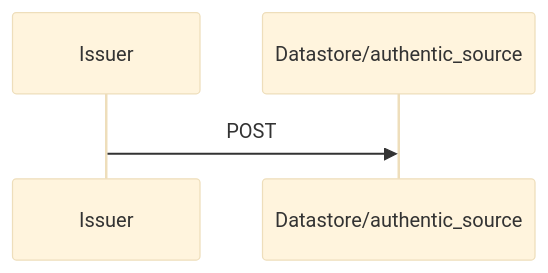
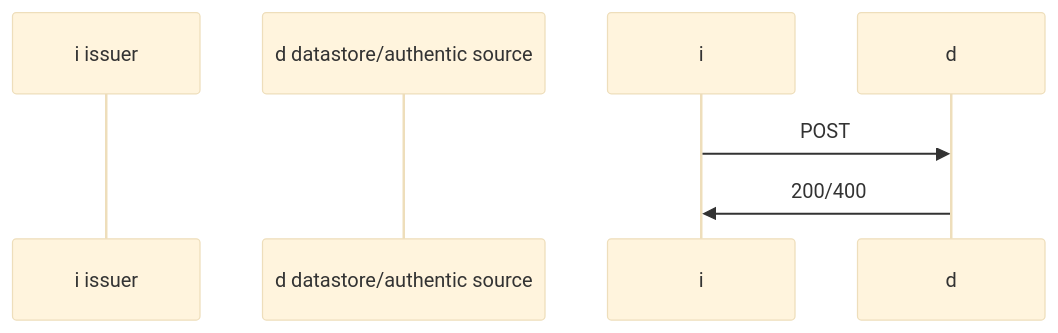
One commit to dc4eu/vc changed the sixth of 8 diagrams in standards/apiv21.md. Above: the diagram before and after it, drawn with Mermaid (base theme). The commit also changed other lines of this file, not shown here.

Commit message:
Add aliases in mermaid.

````diff
--- a/standards/apiv21.md
+++ b/standards/apiv21.md
@@ -304,4 +318,7 @@
 ```mermaid
 sequenceDiagram;
-    Issuer->>Datastore/authentic_source: POST ;
+    participant i issuer;
+    participant d datastore/authentic source;
+    i->>d: POST;
+    d->>i: 200/400;
 ```
````
